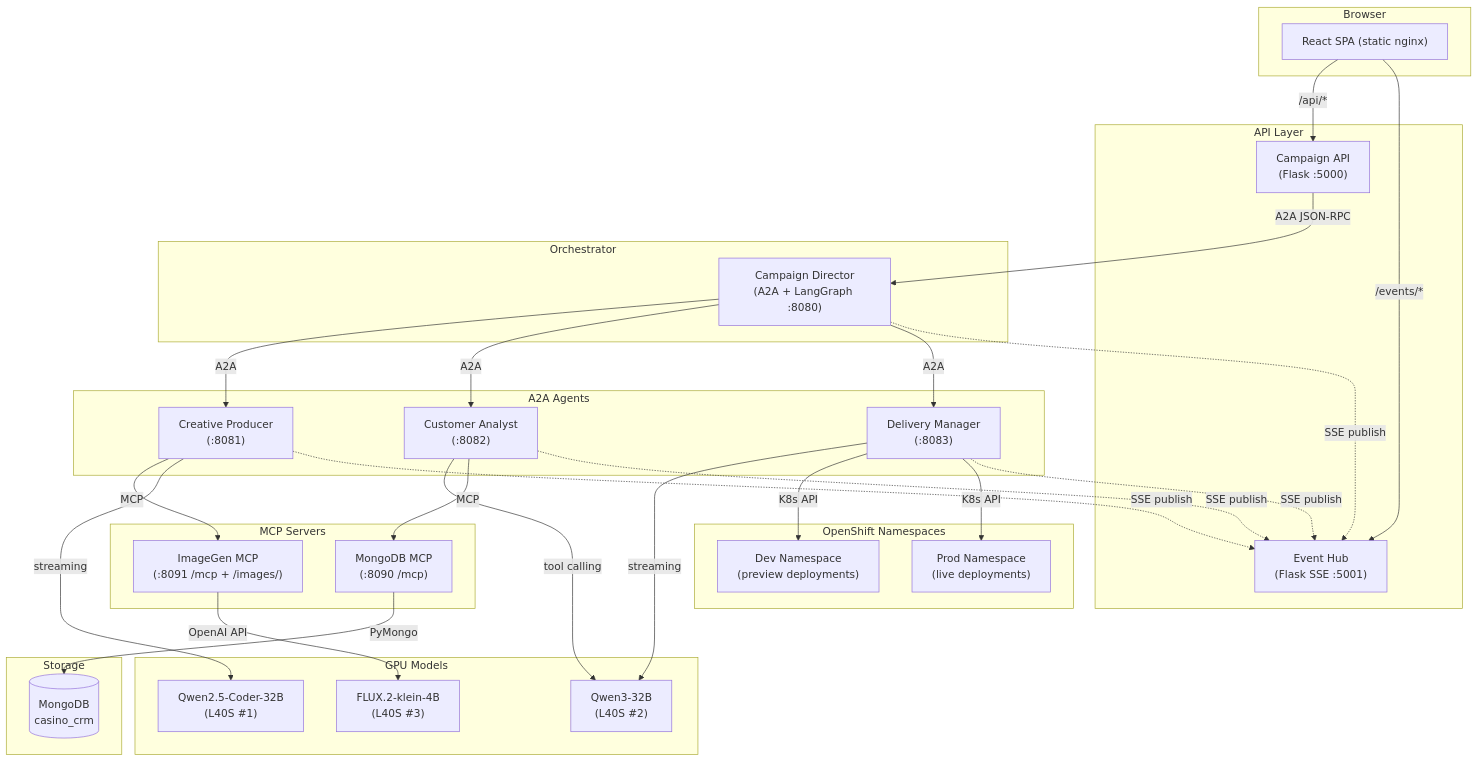
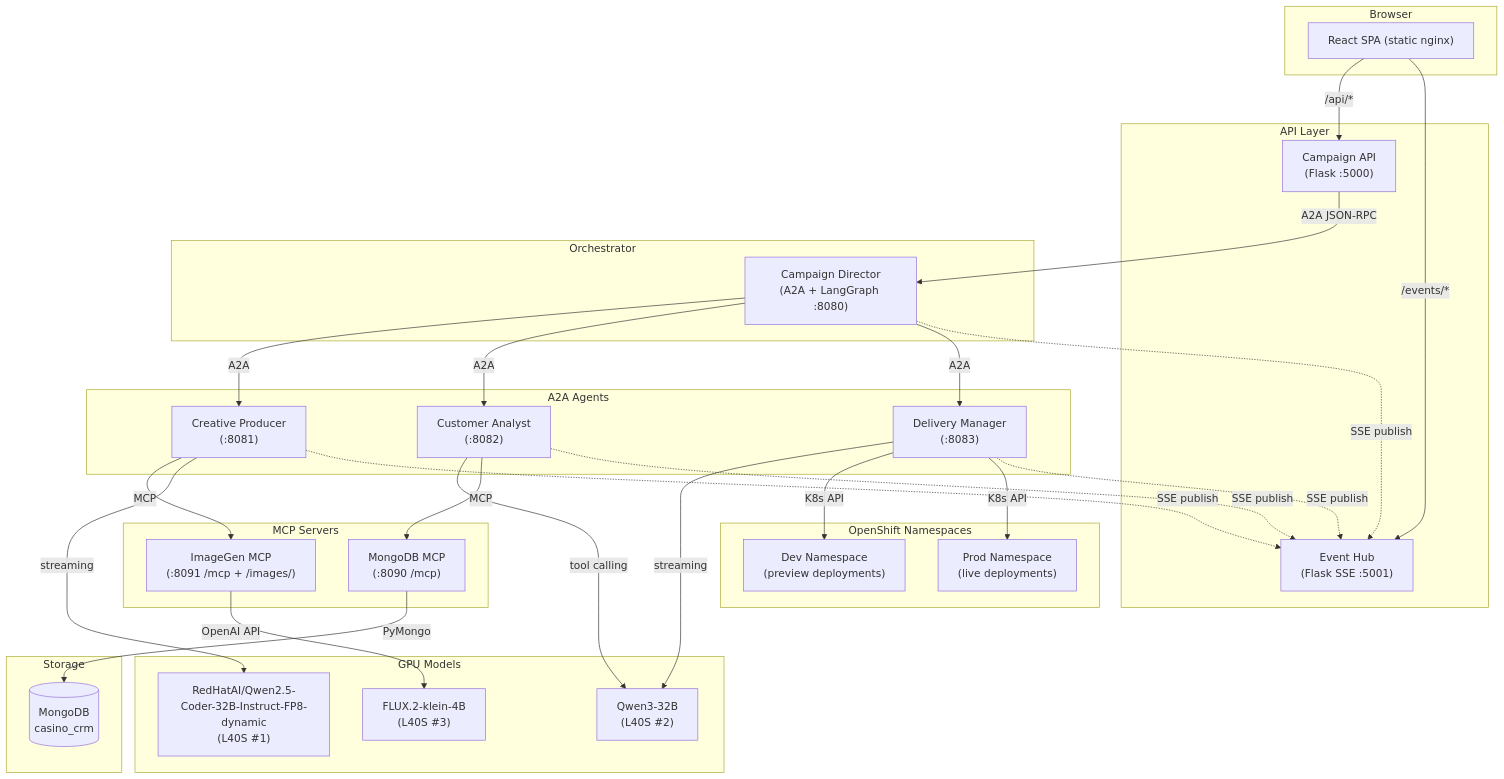
One commit to gymnatics/Marketing-Assistant-Demo changed the first of 18 diagrams in ARCHITECTURE.md. Above: the diagram before and after it, drawn with Mermaid. The commit also changed other lines of this file, not shown here.

First line of the commit message:
docs: update ARCHITECTURE.md to v5.0

````diff
--- a/ARCHITECTURE.md
+++ b/ARCHITECTURE.md
@@ -67,61 +69,61 @@
 ```mermaid
 flowchart TD
     subgraph browser [Browser]
         ReactSPA["React SPA (static nginx)"]
     end
 
     subgraph apiLayer [API Layer]
         CampaignAPI["Campaign API\n(Flask :5000)"]
         EventHub["Event Hub\n(Flask SSE :5001)"]
     end
 
     subgraph orchestrator [Orchestrator]
         Director["Campaign Director\n(A2A + LangGraph :8080)"]
     end
 
     subgraph agents [A2A Agents]
         CreativeProducer["Creative Producer\n(:8081)"]
         CustomerAnalyst["Customer Analyst\n(:8082)"]
         DeliveryManager["Delivery Manager\n(:8083)"]
     end
 
     subgraph mcpServers [MCP Servers]
         ImageGenMCP["ImageGen MCP\n(:8091 /mcp + /images/)"]
         MongoMCP["MongoDB MCP\n(:8090 /mcp)"]
     end
 
     subgraph models [GPU Models]
-        QwenCoder["Qwen2.5-Coder-32B\n(L40S #1)"]
+        QwenCoder["RedHatAI/Qwen2.5-Coder-32B-Instruct-FP8-dynamic\n(L40S #1)"]
         Qwen3["Qwen3-32B\n(L40S #2)"]
         FLUX2["FLUX.2-klein-4B\n(L40S #3)"]
     end
 
     subgraph storage [Storage]
         MongoDB[(MongoDB\ncasino_crm)]
     end
 
     subgraph k8sTarget [OpenShift Namespaces]
         DevNS["Dev Namespace\n(preview deployments)"]
         ProdNS["Prod Namespace\n(live deployments)"]
     end
 
     ReactSPA -->|"/api/*"| CampaignAPI
     ReactSPA -->|"/events/*"| EventHub
     CampaignAPI -->|"A2A JSON-RPC"| Director
     Director -->|"A2A"| CreativeProducer
     Director -->|"A2A"| CustomerAnalyst
     Director -->|"A2A"| DeliveryManager
     CreativeProducer -->|"MCP"| ImageGenMCP
     CreativeProducer -->|"streaming"| QwenCoder
     CustomerAnalyst -->|"tool calling"| Qwen3
     CustomerAnalyst -->|"MCP"| MongoMCP
     DeliveryManager -->|"streaming"| Qwen3
     DeliveryManager -->|"K8s API"| DevNS
     DeliveryManager -->|"K8s API"| ProdNS
     ImageGenMCP -->|"OpenAI API"| FLUX2
     MongoMCP -->|"PyMongo"| MongoDB
     CreativeProducer -.->|"SSE publish"| EventHub
     CustomerAnalyst -.->|"SSE publish"| EventHub
     DeliveryManager -.->|"SSE publish"| EventHub
     Director -.->|"SSE publish"| EventHub
 ```
````
